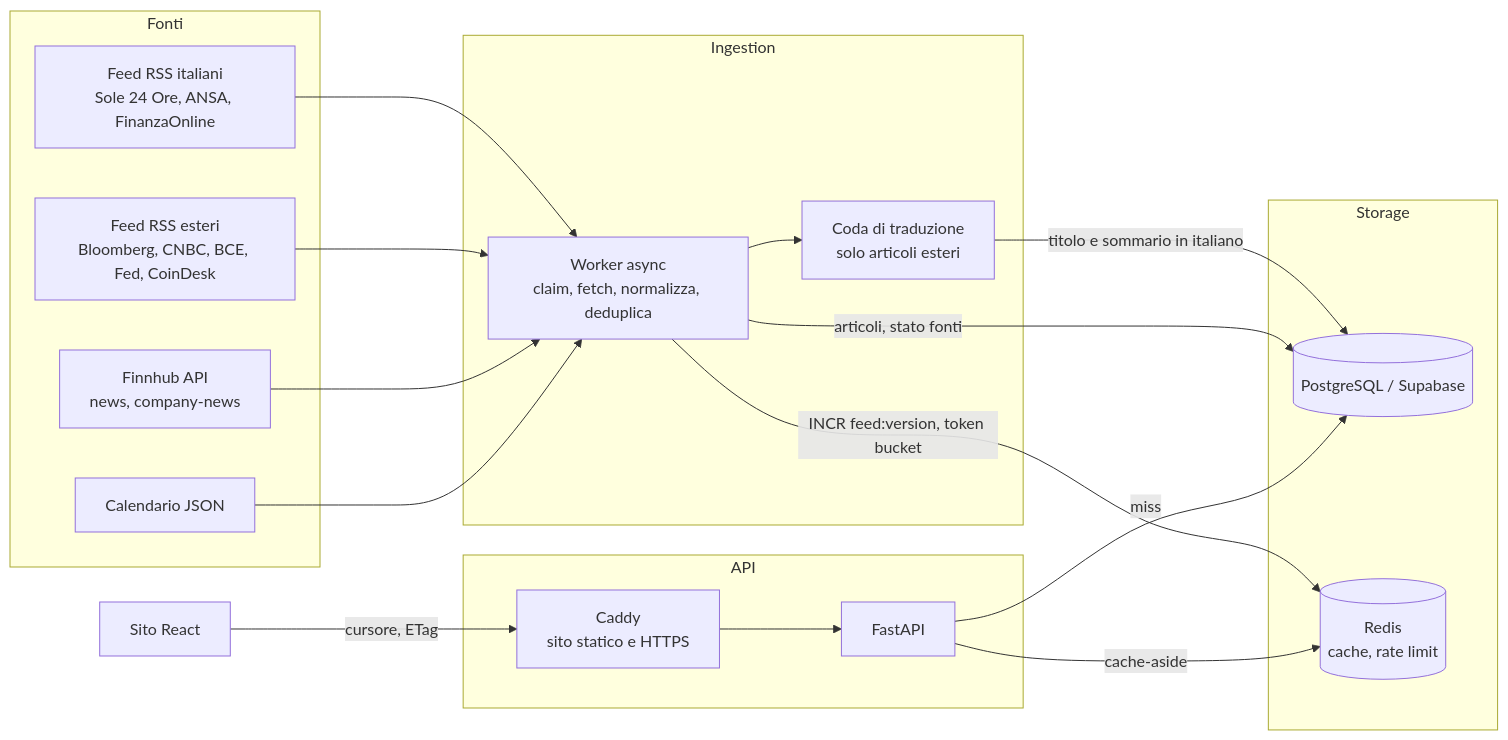
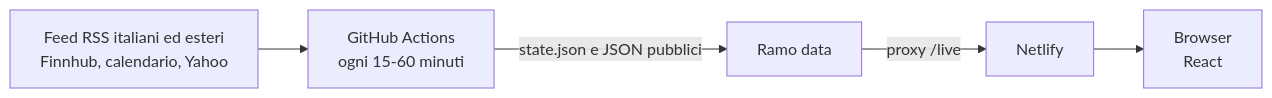
Before and after one commit to xxAnDrY/ClearMarket: the diagram in docs/ARCHITECTURE.md, drawn with Mermaid. The commit also changed other lines of this file and 61 other files, not shown here.

````diff
--- a/docs/ARCHITECTURE.md
+++ b/docs/ARCHITECTURE.md
@@ -5,31 +3,7 @@
 ```mermaid
 flowchart LR
-  subgraph Fonti
-    RSS[Feed RSS italiani<br/>Sole 24 Ore, ANSA, FinanzaOnline]
-    EST[Feed RSS esteri<br/>Bloomberg, CNBC, BCE, Fed, CoinDesk]
-    FH[Finnhub API<br/>news, company-news]
-    CAL[Calendario JSON]
-  end
-  subgraph Ingestion
-    W[Worker async<br/>claim, fetch, normalizza, deduplica]
-    T[Coda di traduzione<br/>solo articoli esteri]
-  end
-  subgraph Storage
-    PG[(PostgreSQL / Supabase)]
-    R[(Redis<br/>cache, rate limit)]
-  end
-  subgraph API
-    GW[Caddy<br/>sito statico e HTTPS] --> A[FastAPI]
-  end
-  RSS --> W
-  EST --> W
-  W --> T
-  T -->|titolo e sommario in italiano| PG
-  FH --> W
-  CAL --> W
-  W -->|articoli, stato fonti| PG
-  W -->|INCR feed:version, token bucket| R
-  A -->|cache-aside| R
-  A -->|miss| PG
-  M[Sito React] -->|cursore, ETag| GW
+  F[Feed RSS italiani ed esteri<br/>Finnhub, calendario, Yahoo] --> J[GitHub Actions<br/>ogni 15-60 minuti]
+  J -->|state.json e JSON pubblici| D[Ramo data]
+  D -->|proxy /live| N[Netlify]
+  N --> B[Browser<br/>React]
 ```
````
